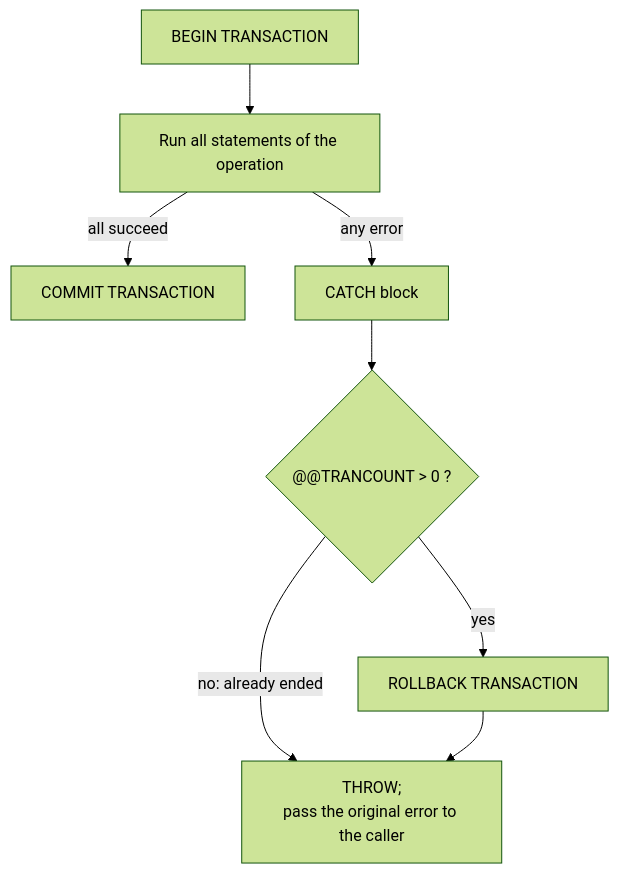
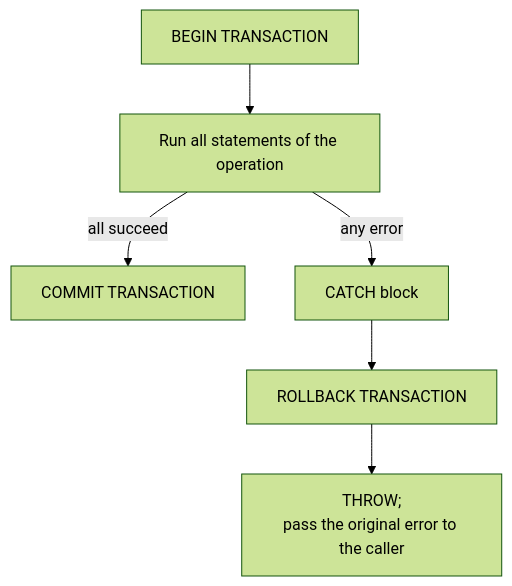
One commit to tjovic/database-design-labs-public changed the second of 9 diagrams in labs/lab09-transactions.md. Above: the diagram before and after it, drawn with Mermaid (forest theme). The commit also changed other lines of this file, not shown here.

````diff
--- a/labs/lab09-transactions.md
+++ b/labs/lab09-transactions.md
@@ -488,10 +488,8 @@
 ```mermaid
 flowchart TD
     START["BEGIN TRANSACTION"] --> WORK["Run all statements of the operation"]
     WORK -->|"all succeed"| COMMIT["COMMIT TRANSACTION"]
     WORK -->|"any error"| CATCH["CATCH block"]
-    CATCH --> CHECK{"@@TRANCOUNT > 0 ?"}
-    CHECK -->|"yes"| RB["ROLLBACK TRANSACTION"]
-    CHECK -->|"no: already ended"| THROW["THROW;<br/>pass the original error to the caller"]
-    RB --> THROW
+    CATCH --> RB["ROLLBACK TRANSACTION"]
+    RB --> THROW["THROW;<br/>pass the original error to the caller"]
 ```
````
